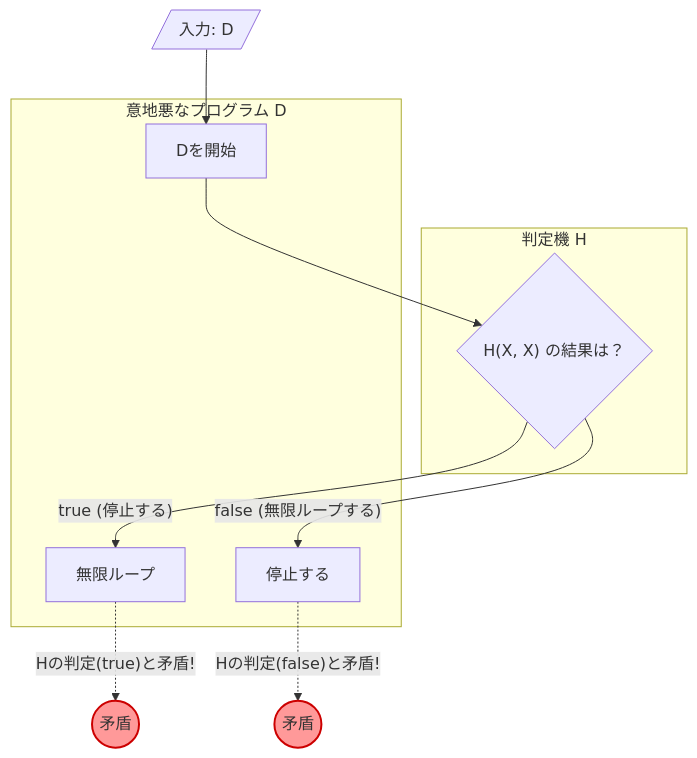
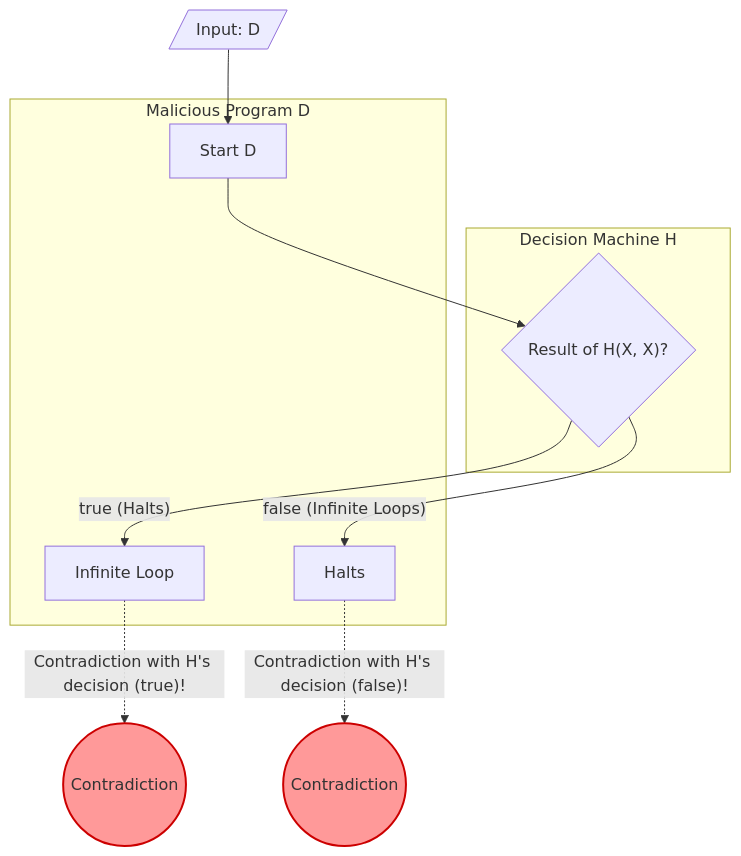
Before and after one commit to kenjinote/blog: the diagram in content/post/halting-problem/index.en.md, drawn with Mermaid. The commit also changed 28 other files, not shown here.

Commit message:
Translate Japanese text inside Mermaid diagrams to respective languages

````diff
--- a/content/post/halting-problem/index.en.md
+++ b/content/post/halting-problem/index.en.md
@@ -126,22 +126,22 @@
 ```mermaid
 graph TD
-    subgraph "判定機 H"
-        H{"H(X, X) の結果は？"}
+    subgraph "Decision Machine H"
+        H{"Result of H(X, X)?"}
     end
 
-    subgraph "意地悪なプログラム D"
-        START["Dを開始"] --> H
-        H -->|"true (停止する)"| LOOP["無限ループ"]
-        H -->|"false (無限ループする)"| HALT["停止する"]
+    subgraph "Malicious Program D"
+        START["Start D"] --> H
+        H -->|"true (Halts)"| LOOP["Infinite Loop"]
+        H -->|"false (Infinite Loops)"| HALT["Halts"]
     end
 
     %% D に D 自身を入力する
-    INPUT_D[/"入力: D"/] --> START
+    INPUT_D[/"Input: D"/] --> START
     
     %% 矛盾のハイライト
-    LOOP -.->|"Hの判定(true)と矛盾!"| FAIL_1(("矛盾"))
-    HALT -.->|"Hの判定(false)と矛盾!"| FAIL_2(("矛盾"))
+    LOOP -.->|"Contradiction with H's decision (true)!"| FAIL_1(("Contradiction"))
+    HALT -.->|"Contradiction with H's decision (false)!"| FAIL_2(("Contradiction"))
     
     style FAIL_1 fill:#ff9999,stroke:#cc0000,stroke-width:2px
     style FAIL_2 fill:#ff9999,stroke:#cc0000,stroke-width:2px
 ```
````
